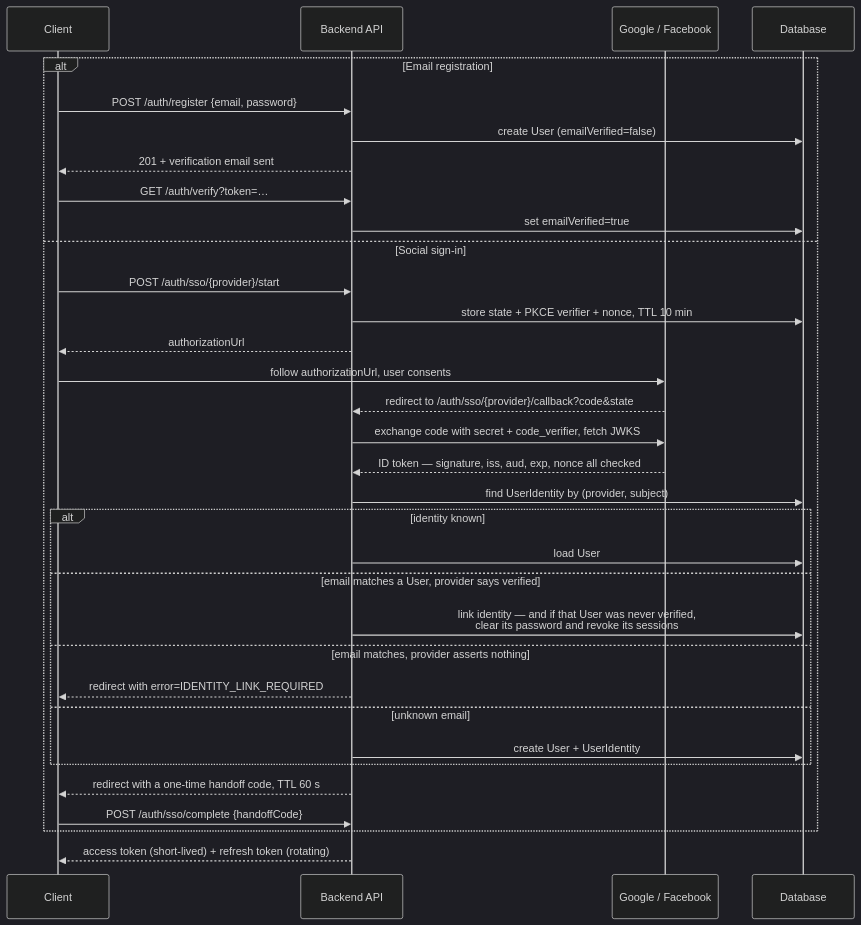
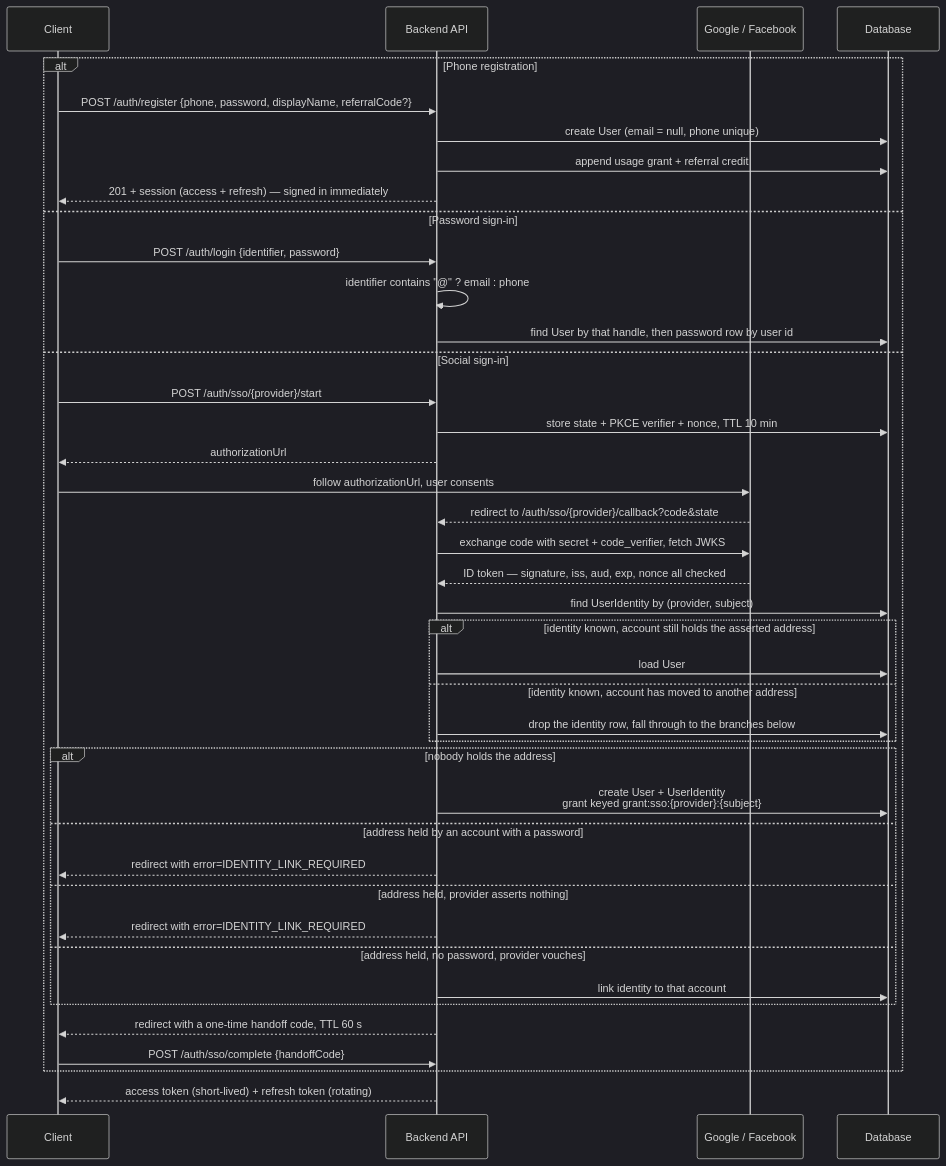
Before and after one commit to thang-dev-aptech/vni-ielts-ai: the first of 9 diagrams in docs/architecture/key-flows.md, drawn with Mermaid (dark theme). The commit also changed other lines of this file and 390 other files, not shown here.

````diff
--- a/docs/architecture/key-flows.md
+++ b/docs/architecture/key-flows.md
@@ -9,36 +9,44 @@
 ```mermaid
 sequenceDiagram
     participant C as Client
     participant API as Backend API
     participant IDP as Google / Facebook
     participant DB as Database
 
-    alt Email registration
-        C->>API: POST /auth/register {email, password}
-        API->>DB: create User (emailVerified=false)
-        API-->>C: 201 + verification email sent
-        C->>API: GET /auth/verify?token=…
-        API->>DB: set emailVerified=true
+    alt Phone registration
+        C->>API: POST /auth/register {phone, password, displayName, referralCode?}
+        API->>DB: create User (email = null, phone unique)
+        API->>DB: append usage grant + referral credit
+        API-->>C: 201 + session (access + refresh) — signed in immediately
+    else Password sign-in
+        C->>API: POST /auth/login {identifier, password}
+        API->>API: identifier contains "@" ? email : phone
+        API->>DB: find User by that handle, then password row by user id
     else Social sign-in
         C->>API: POST /auth/sso/{provider}/start
         API->>DB: store state + PKCE verifier + nonce, TTL 10 min
         API-->>C: authorizationUrl
         C->>IDP: follow authorizationUrl, user consents
         IDP-->>API: redirect to /auth/sso/{provider}/callback?code&state
         API->>IDP: exchange code with secret + code_verifier, fetch JWKS
         IDP-->>API: ID token — signature, iss, aud, exp, nonce all checked
         API->>DB: find UserIdentity by (provider, subject)
-        alt identity known
+        alt identity known, account still holds the asserted address
             API->>DB: load User
-        else email matches a User, provider says verified
-            API->>DB: link identity — and if that User was never verified,<br/>clear its password and revoke its sessions
-        else email matches, provider asserts nothing
+        else identity known, account has moved to another address
+            API->>DB: drop the identity row, fall through to the branches below
+        end
+        alt nobody holds the address
+            API->>DB: create User + UserIdentity<br/>grant keyed grant:sso:{provider}:{subject}
+        else address held by an account with a password
             API-->>C: redirect with error=IDENTITY_LINK_REQUIRED
-        else unknown email
-            API->>DB: create User + UserIdentity
+        else address held, provider asserts nothing
+            API-->>C: redirect with error=IDENTITY_LINK_REQUIRED
+        else address held, no password, provider vouches
+            API->>DB: link identity to that account
         end
         API-->>C: redirect with a one-time handoff code, TTL 60 s
         C->>API: POST /auth/sso/complete {handoffCode}
     end
     API-->>C: access token (short-lived) + refresh token (rotating)
 ```
````
